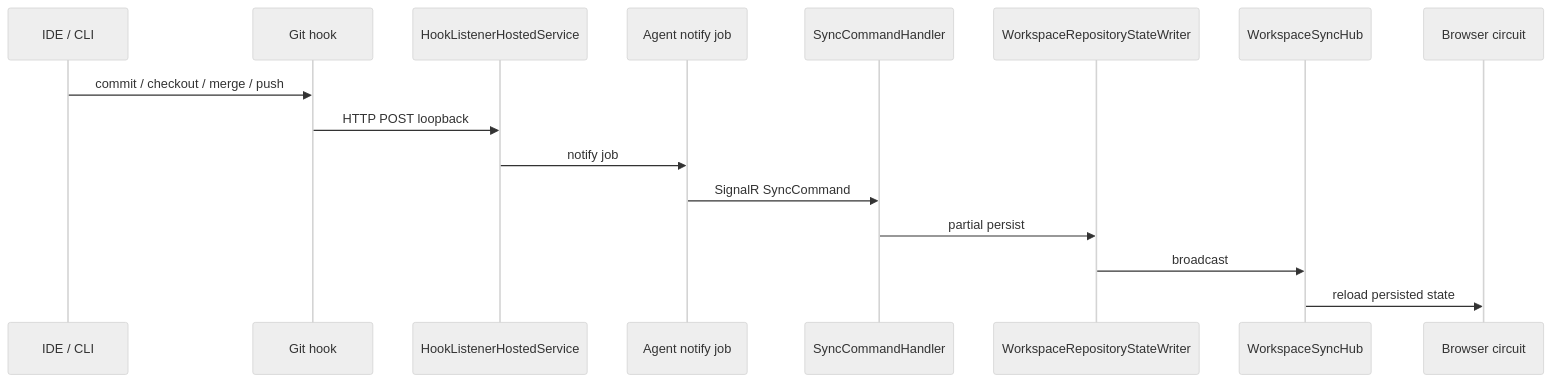
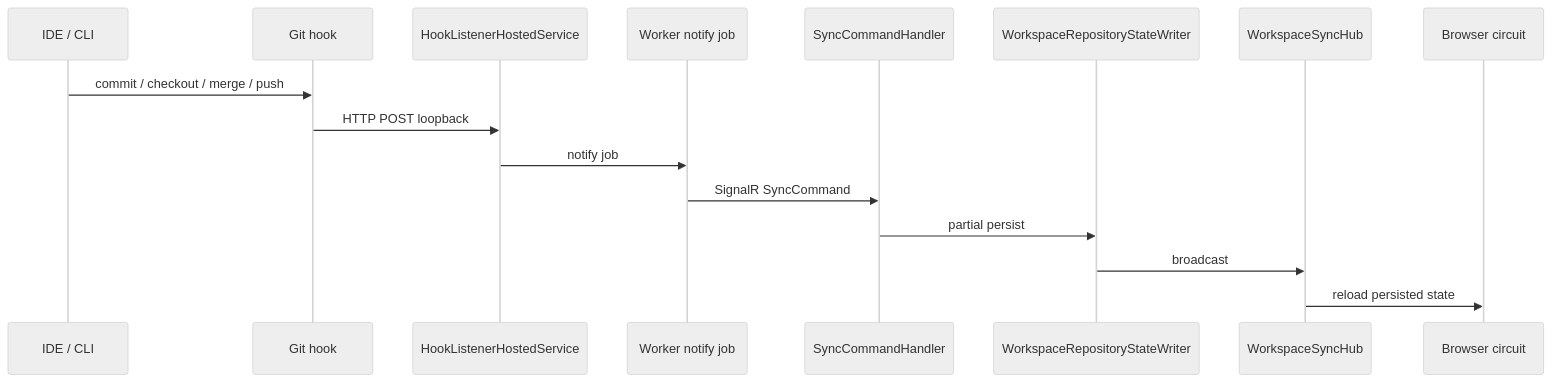
Before and after one commit to Jandini/GrayMoon: the fourth of 6 diagrams in docs/architecture/04-runtime-communication-and-concurrency.md, drawn with Mermaid (neutral theme). The commit also changed other lines of this file and 774 other files, not shown here.

Commit message:
Rename agent to worker (#383)

````diff
--- a/docs/architecture/04-runtime-communication-and-concurrency.md
+++ b/docs/architecture/04-runtime-communication-and-concurrency.md
@@ -147,19 +147,19 @@
 ```mermaid
 sequenceDiagram
   participant Dev as IDE / CLI
   participant Hook as Git hook
   participant Listen as HookListenerHostedService
-  participant Agent as Agent notify job
+  participant Worker as Worker notify job
   participant App as SyncCommandHandler
   participant Writer as WorkspaceRepositoryStateWriter
   participant Hub as WorkspaceSyncHub
   participant Browser as Browser circuit
 
   Dev->>Hook: commit / checkout / merge / push
   Hook->>Listen: HTTP POST loopback
-  Listen->>Agent: notify job
-  Agent->>App: SignalR SyncCommand
+  Listen->>Worker: notify job
+  Worker->>App: SignalR SyncCommand
   App->>Writer: partial persist
   Writer->>Hub: broadcast
   Hub->>Browser: reload persisted state
 ```
````
